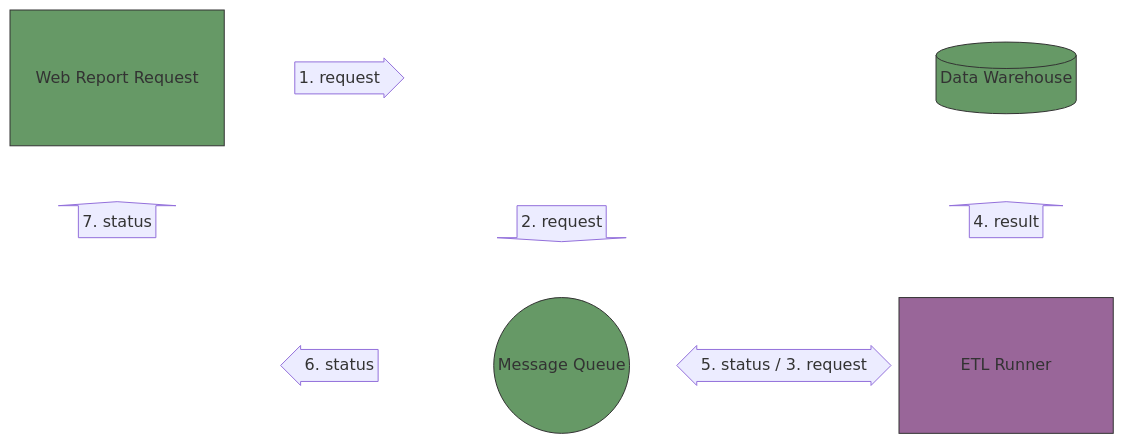
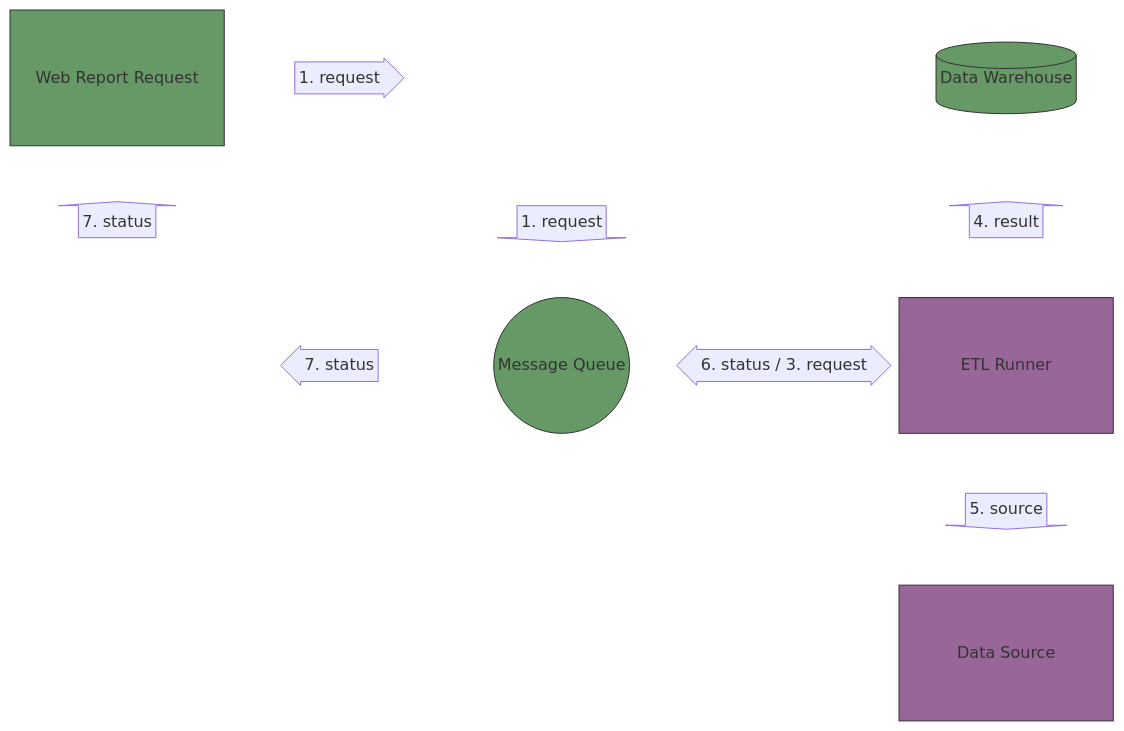
Before and after one commit to brentgroves/repsys: the first of 2 diagrams in development/report_system/sequence_block.md, drawn with Mermaid. The commit also changed 9 other files, not shown here.

````diff
--- a/development/report_system/sequence_block.md
+++ b/development/report_system/sequence_block.md
@@ -13,12 +13,14 @@
 ```mermaid
 block-beta
   columns 5
   a1["Web Report Request"] a2<["1. request"]>(right) space:2 a5[("Data Warehouse")]
-  b1<["7. status"]>(up) space:1 b3<["2. request"]>(down) space:1 b5<["4. result"]>(up)
-  space:1 c2<["6. status"]>(left) c3(("Message Queue")) c4<["5. status / 3. request"]>(x) c5["ETL Runner"]
+  b1<["7. status"]>(up) space:1 b3<["1. request"]>(down) space:1 b5<["4. result"]>(up)
+  space:1 c2<["7. status"]>(left) c3(("Message Queue")) c4<["6. status / 3. request"]>(x) c5["ETL Runner"]
+  space:4 b6<["5. source"]>(down)
+  space:4 c6["Data Source"]
  
   classDef cloud fill:#696,stroke:#333;
   classDef onprem fill:#969,stroke:#333;
   class a1,a3,c3,a5  cloud
-  class c5 onprem
+  class c5,c6 onprem
 ```
````
